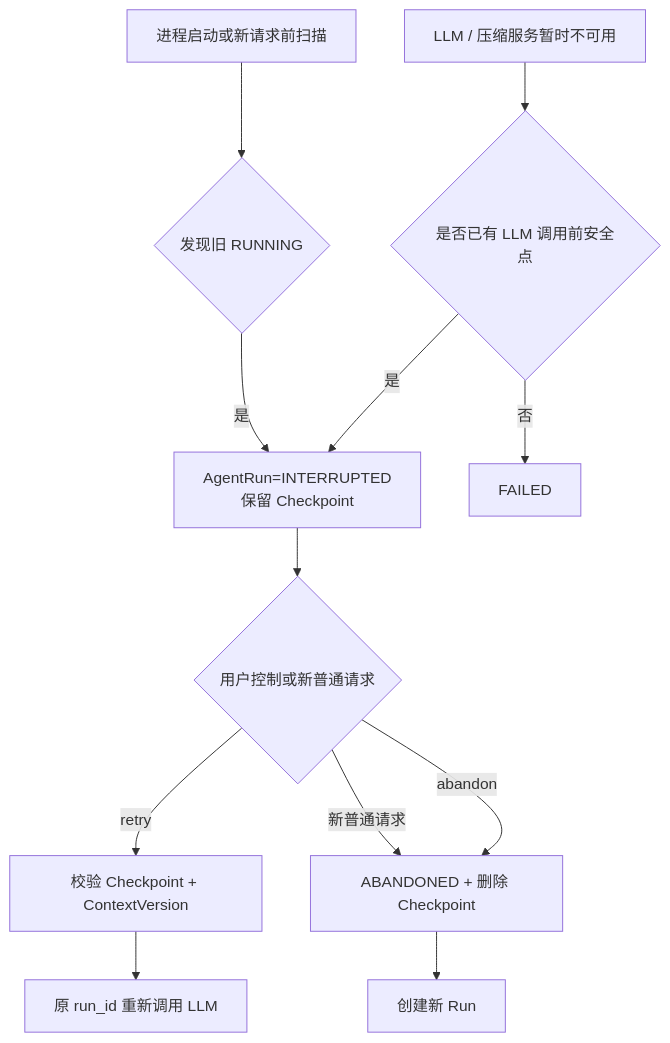
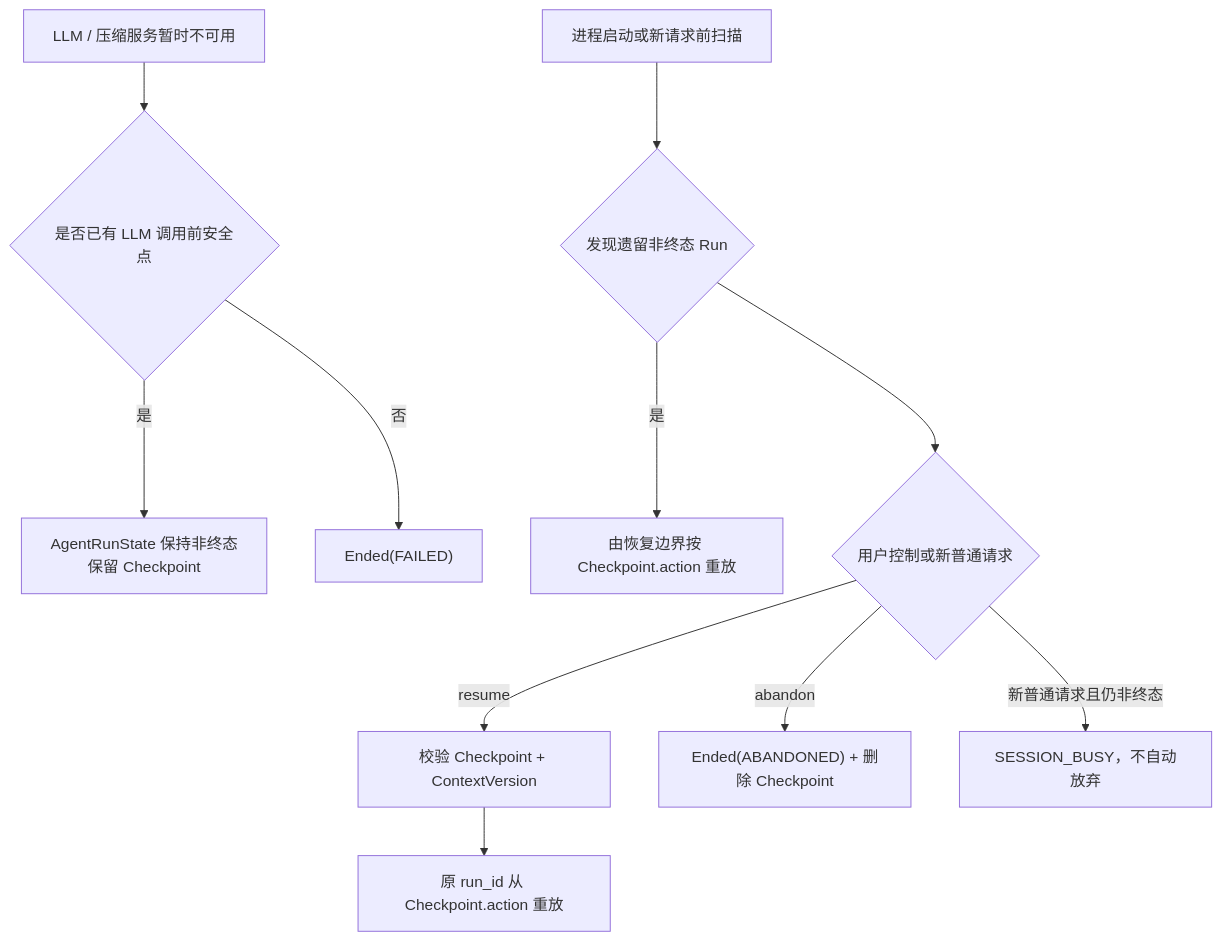
Before and after one commit to aandbcct/dotClaw: diagram 11 of 14 in docs/wiki/Runtime 模块总体说明.md, drawn with Mermaid. The commit also changed other lines of this file and 12 other files, not shown here.

````diff
--- a/docs/wiki/Runtime 模块总体说明.md
+++ b/docs/wiki/Runtime 模块总体说明.md
@@ -1429,16 +1461,15 @@
 ```mermaid
 flowchart TD
     Failure["LLM / 压缩服务暂时不可用"] --> Safe{"是否已有 LLM 调用前安全点"}
-    Safe -->|是| Interrupted["AgentRun=INTERRUPTED<br/>保留 Checkpoint"]
-    Safe -->|否| Failed["FAILED"]
+    Safe -->|是| Keep["AgentRunState 保持非终态<br/>保留 Checkpoint"]
+    Safe -->|否| Failed["Ended(FAILED)"]
 
-    Restart["进程启动或新请求前扫描"] --> Running{"发现旧 RUNNING"}
-    Running -->|是| Interrupted
+    Restart["进程启动或新请求前扫描"] --> NonEnded{"发现遗留非终态 Run"}
+    NonEnded -->|是| Recover["由恢复边界按 Checkpoint.action 重放"]
 
-    Interrupted --> Choice{"用户控制或新普通请求"}
-    Choice -->|retry| Validate["校验 Checkpoint + ContextVersion"]
-    Validate --> Resume["原 run_id 重新调用 LLM"]
-    Choice -->|abandon| Abandoned["ABANDONED + 删除 Checkpoint"]
-    Choice -->|新普通请求| Abandoned
-    Abandoned --> NewRun["创建新 Run"]
+    NonEnded --> Choice{"用户控制或新普通请求"}
+    Choice -->|resume| Validate["校验 Checkpoint + ContextVersion"]
+    Validate --> Resume["原 run_id 从 Checkpoint.action 重放"]
+    Choice -->|abandon| Abandoned["Ended(ABANDONED) + 删除 Checkpoint"]
+    Choice -->|新普通请求且仍非终态| Busy["SESSION_BUSY，不自动放弃"]
 ```
````
